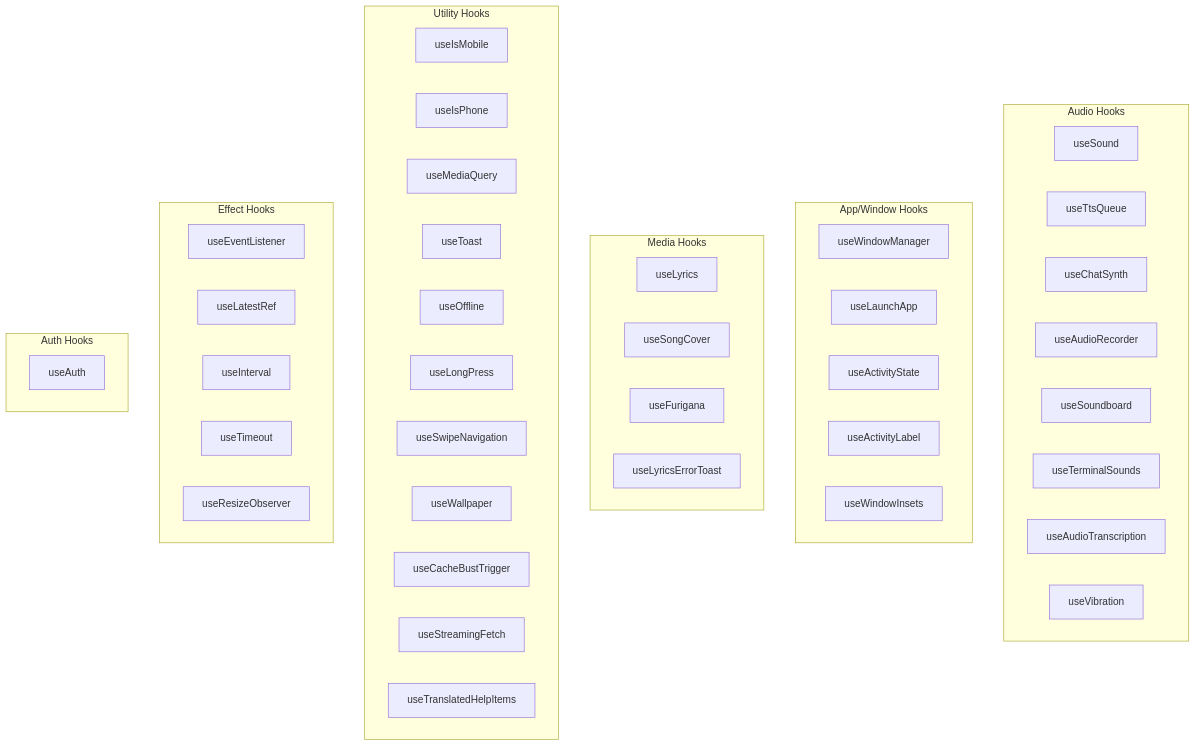
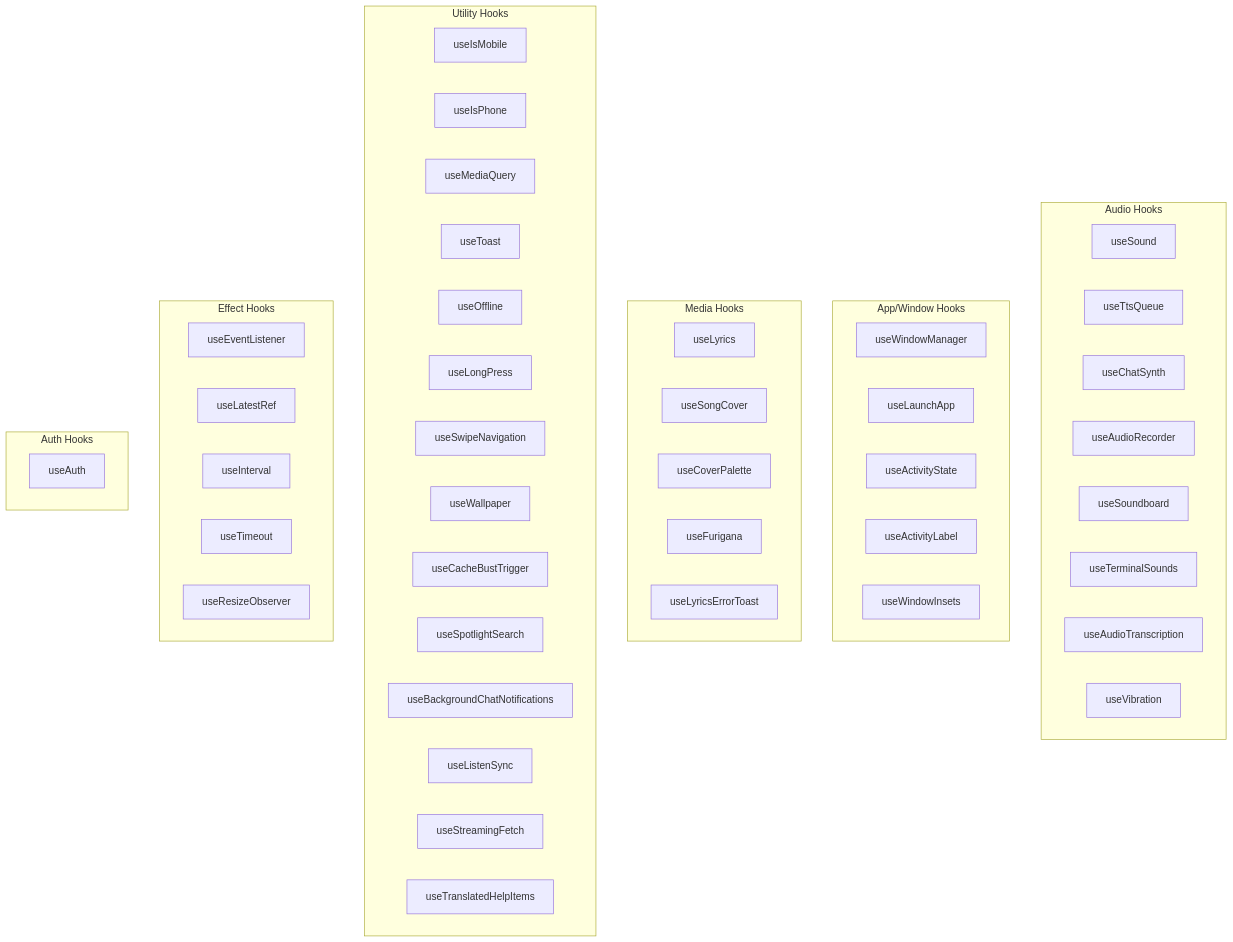
The first of 2 diagrams in docs/3.4-hooks-architecture.md (ryokun6/ryos), drawn with Mermaid before and after one commit. The commit also changed other lines of this file and 5 other files, not shown here.

````diff
--- a/docs/3.4-hooks-architecture.md
+++ b/docs/3.4-hooks-architecture.md
@@ -7,54 +7,58 @@
 ```mermaid
 graph TB
     subgraph Audio["Audio Hooks"]
         US[useSound]
         UTT[useTtsQueue]
         UCS[useChatSynth]
         UAR[useAudioRecorder]
         USB[useSoundboard]
         UTS[useTerminalSounds]
         UAT[useAudioTranscription]
         UV[useVibration]
     end
     
     subgraph Window["App/Window Hooks"]
         UWM[useWindowManager]
         ULA[useLaunchApp]
         UAS[useActivityState]
         UAL[useActivityLabel]
         UWI[useWindowInsets]
     end
     
     subgraph Media["Media Hooks"]
         UL[useLyrics]
         USC[useSongCover]
+        UCP[useCoverPalette]
         UF[useFurigana]
         ULE[useLyricsErrorToast]
     end
     
     subgraph Utility["Utility Hooks"]
         UIM[useIsMobile]
         UIP[useIsPhone]
         UMQ[useMediaQuery]
         UT[useToast]
         UO[useOffline]
         ULP[useLongPress]
         USN[useSwipeNavigation]
         UW[useWallpaper]
         UCB[useCacheBustTrigger]
+        USS[useSpotlightSearch]
+        UBN[useBackgroundChatNotifications]
+        ULS[useListenSync]
         USF[useStreamingFetch]
         UTH[useTranslatedHelpItems]
     end
     
     subgraph Effect["Effect Hooks"]
         UEL[useEventListener]
         ULR[useLatestRef]
         UIT[useInterval]
         UTO[useTimeout]
         URO[useResizeObserver]
     end
     
     subgraph Auth["Auth Hooks"]
         UA[useAuth]
     end
 ```
````
